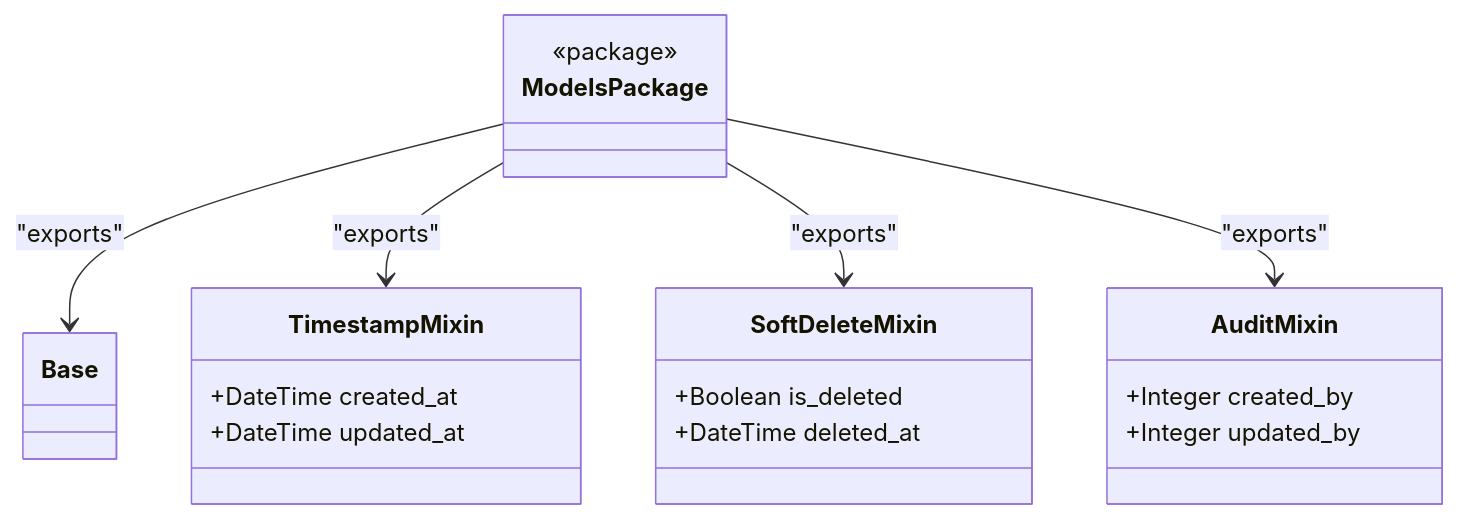
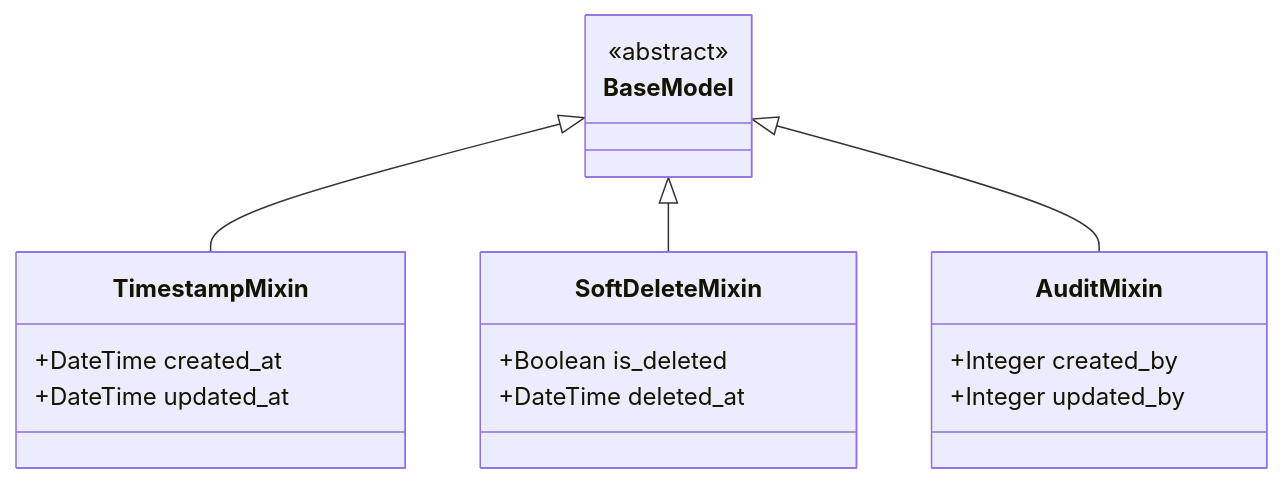
Before and after one commit to bikinaplikasipakeqoder-dot/payroll-hris: the fifth of 9 diagrams in .qoder/repowiki/en/content/Deployment & Operations.md, drawn with Mermaid. The commit also changed other lines of this file and 22 other files, not shown here.

````diff
--- a/.qoder/repowiki/en/content/Deployment & Operations.md
+++ b/.qoder/repowiki/en/content/Deployment & Operations.md
@@ -205,23 +254,21 @@
 ```mermaid
 classDiagram
-class Base
+class BaseModel {
+<<abstract>>
+}
 class TimestampMixin {
 +DateTime created_at
 +DateTime updated_at
 }
 class SoftDeleteMixin {
 +Boolean is_deleted
 +DateTime deleted_at
 }
 class AuditMixin {
 +Integer created_by
 +Integer updated_by
 }
-class ModelsPackage {
-<<package>>
-}
-ModelsPackage --> Base : "exports"
-ModelsPackage --> TimestampMixin : "exports"
-ModelsPackage --> SoftDeleteMixin : "exports"
-ModelsPackage --> AuditMixin : "exports"
+BaseModel <|-- TimestampMixin
+BaseModel <|-- SoftDeleteMixin
+BaseModel <|-- AuditMixin
 ```
````
